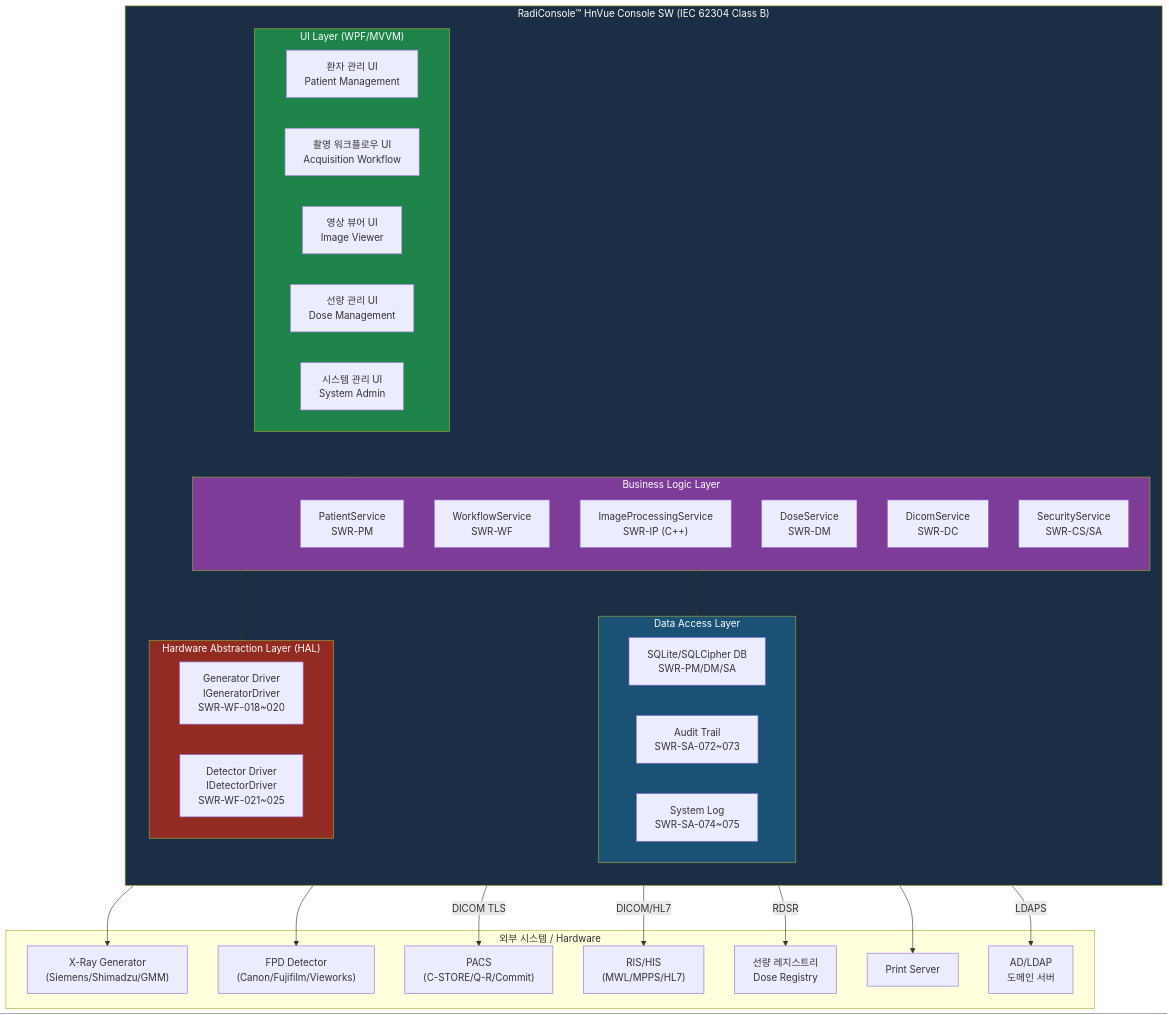
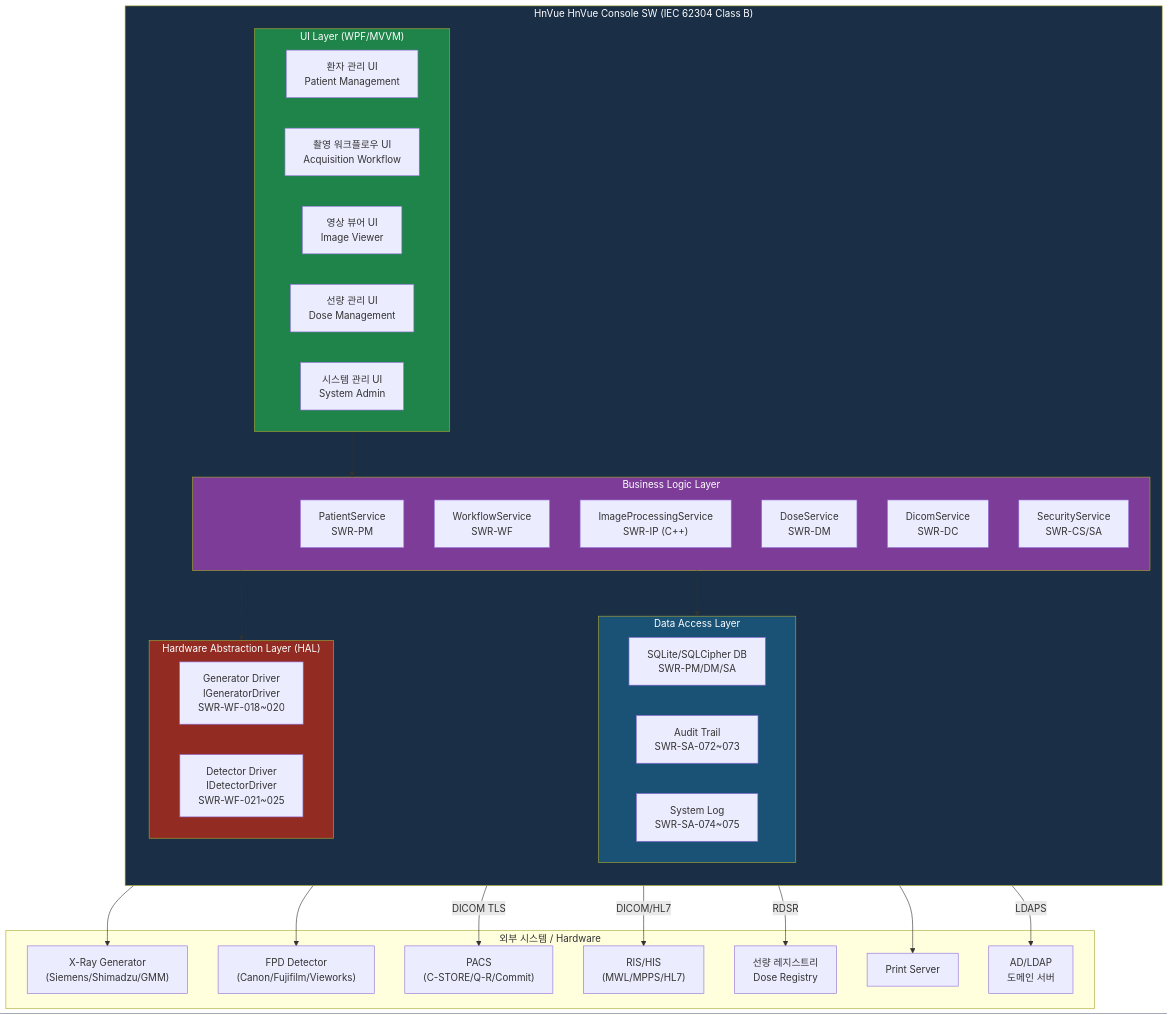
Before and after one commit to holee9/console-gui: the second of 6 diagrams in docs/planning/DOC-005_SRS_v1.0.md, drawn with Mermaid. The commit also changed other lines of this file and 34 other files, not shown here.

First line of the commit message:
fix: RadiConsole → HnVue 전체 일괄 변경 (35개 파일, 300건+)

````diff
--- a/docs/planning/DOC-005_SRS_v1.0.md
+++ b/docs/planning/DOC-005_SRS_v1.0.md
@@ -163,60 +163,60 @@
 ```mermaid
 graph TB
-    subgraph RadiConsole["RadiConsole™ HnVue Console SW (IEC 62304 Class B)"]
+    subgraph HnVue["HnVue HnVue Console SW (IEC 62304 Class B)"]
         direction TB
         subgraph UI["UI Layer (WPF/MVVM)"]
             PM_UI["환자 관리 UI\nPatient Management"]
             WF_UI["촬영 워크플로우 UI\nAcquisition Workflow"]
             IP_UI["영상 뷰어 UI\nImage Viewer"]
             DM_UI["선량 관리 UI\nDose Management"]
             SA_UI["시스템 관리 UI\nSystem Admin"]
         end
 
         subgraph BL["Business Logic Layer"]
             PM_SVC["PatientService\nSWR-PM"]
             WF_SVC["WorkflowService\nSWR-WF"]
             IP_SVC["ImageProcessingService\nSWR-IP (C++)"]
             DM_SVC["DoseService\nSWR-DM"]
             DC_SVC["DicomService\nSWR-DC"]
             CS_SVC["SecurityService\nSWR-CS/SA"]
         end
 
         subgraph DAL["Data Access Layer"]
             DB["SQLite/SQLCipher DB\nSWR-PM/DM/SA"]
             AUDIT["Audit Trail\nSWR-SA-072~073"]
             LOG["System Log\nSWR-SA-074~075"]
         end
 
         subgraph HAL["Hardware Abstraction Layer (HAL)"]
             GEN_DRV["Generator Driver\nIGeneratorDriver\nSWR-WF-018~020"]
             DET_DRV["Detector Driver\nIDetectorDriver\nSWR-WF-021~025"]
         end
     end
 
     subgraph External["외부 시스템 / Hardware"]
         GEN["X-Ray Generator\n(Siemens/Shimadzu/GMM)"]
         DET["FPD Detector\n(Canon/Fujifilm/Vieworks)"]
         PACS["PACS\n(C-STORE/Q-R/Commit)"]
         RIS["RIS/HIS\n(MWL/MPPS/HL7)"]
         DOSE_REG["선량 레지스트리\nDose Registry"]
         PRINT["Print Server"]
         AD["AD/LDAP\n도메인 서버"]
     end
 
     UI --> BL
     BL --> DAL
     BL --> HAL
     HAL --> GEN
     HAL --> DET
     DC_SVC -->|"DICOM TLS"| PACS
     DC_SVC -->|"DICOM/HL7"| RIS
     DC_SVC -->|"RDSR"| DOSE_REG
     DC_SVC --> PRINT
     CS_SVC -->|"LDAPS"| AD
 
-    style RadiConsole fill:#1a2e45,color:#fff
+    style HnVue fill:#1a2e45,color:#fff
     style UI fill:#1e8449,color:#fff
     style BL fill:#7d3c98,color:#fff
     style DAL fill:#1a5276,color:#fff
     style HAL fill:#922b21,color:#fff
 ```
````
